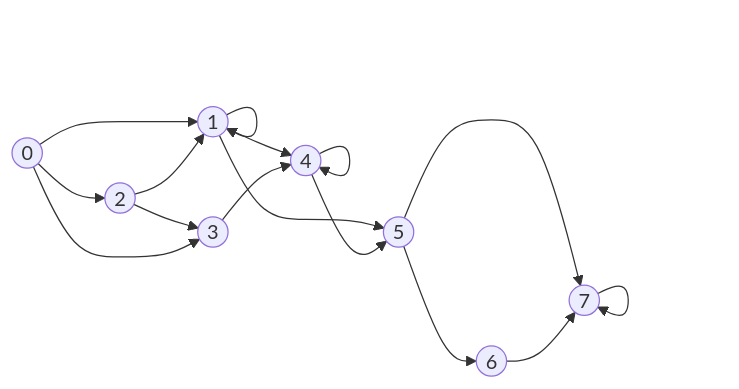
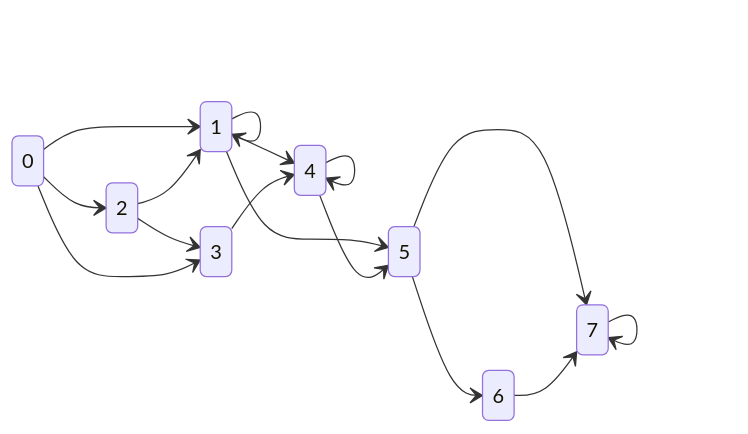
One commit to qinghaoh/qinghaoh.github.io changed the third of 3 diagrams in _posts/2020-10-06-state-machine.markdown. Above: the diagram before and after it, drawn with Mermaid. The commit also changed other lines of this file and 3 other files, not shown here.

````diff
--- a/_posts/2020-10-06-state-machine.markdown
+++ b/_posts/2020-10-06-state-machine.markdown
@@ -155,18 +155,19 @@
 ```mermaid
-graph LR
-    0((0)) --> 1((1))
-    0 --> 2((2))
+stateDiagram-v2
+    direction LR
+    0 --> 1
+    0 --> 2
     2 --> 3
-    0 --> 3((3))
+    0 --> 3
     1 --> 1
     2 --> 1
-    1 --> 4((4))
+    1 --> 4
     3 --> 4
     4 --> 4
-    1 --> 5((5))
+    1 --> 5
     4 --> 5
-    5 --> 6((6))
-    5 --> 7((7))
+    5 --> 6
+    5 --> 7
     6 --> 7
     7 --> 7
 ```
````
